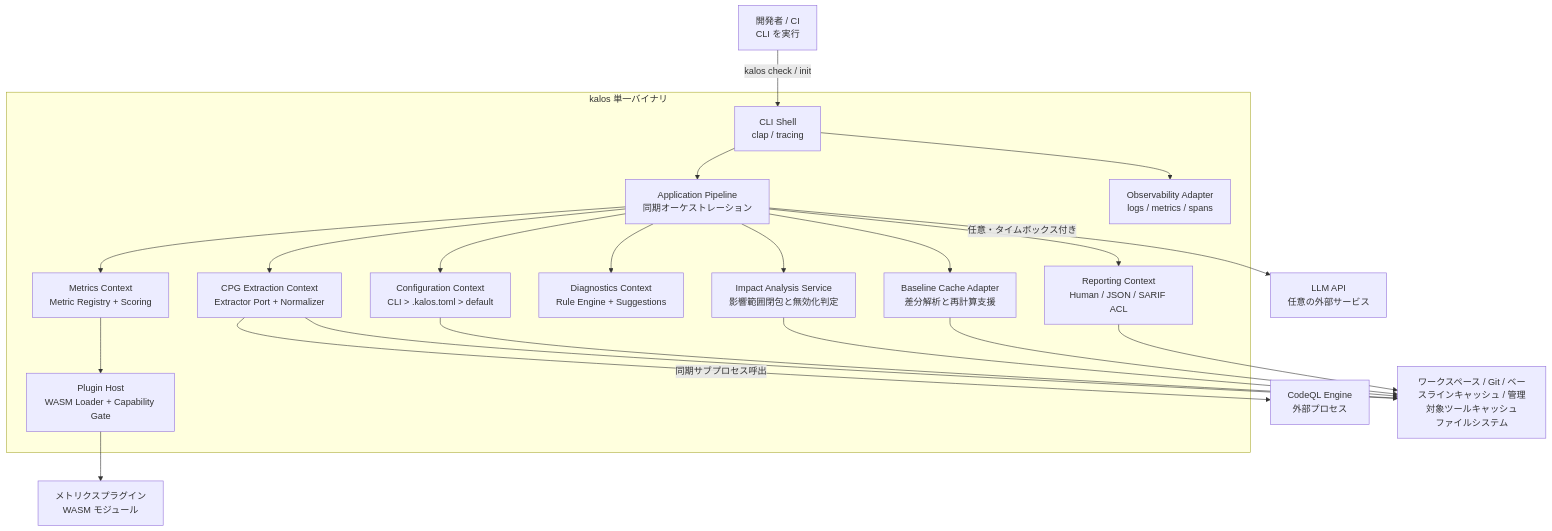
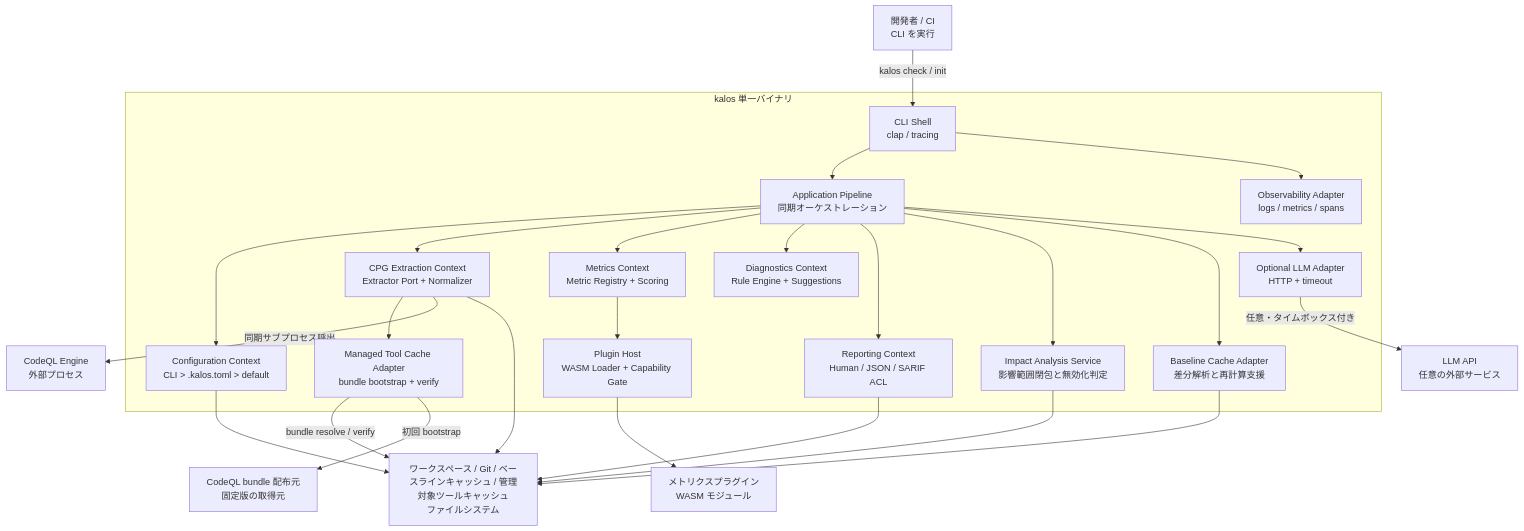
One commit to RK0429/kalos changed the second of 4 diagrams in docs/architecture.md. Above: the diagram before and after it, drawn with Mermaid. The commit also changed other lines of this file and 6 other files, not shown here.

Commit message:
chore: Update architecture, domain model, and requirements documentation to version 0.2.1, reflecting changes in input file versions, enhancing clarity on plugin management, and refining scoring and diagnostic processes to align with functional specifications

````diff
--- a/docs/architecture.md
+++ b/docs/architecture.md
@@ -95,42 +97,49 @@
 ```mermaid
 graph TB
     User[開発者 / CI<br>CLI を実行]
+    BundleSource[CodeQL bundle 配布元<br>固定版の取得元]
     CodeQL[CodeQL Engine<br>外部プロセス]
     LLM[LLM API<br>任意の外部サービス]
     FS[ワークスペース / Git / ベースラインキャッシュ / 管理対象ツールキャッシュ<br>ファイルシステム]
     PluginPkg[メトリクスプラグイン<br>WASM モジュール]
 
     subgraph Kalos["kalos 単一バイナリ"]
         CLI[CLI Shell<br>clap / tracing]
         App[Application Pipeline<br>同期オーケストレーション]
         Config[Configuration Context<br>CLI > .kalos.toml > default]
         Cpg[CPG Extraction Context<br>Extractor Port + Normalizer]
+        ToolCache[Managed Tool Cache Adapter<br>bundle bootstrap + verify]
         Metrics[Metrics Context<br>Metric Registry + Scoring]
         Diagnostics[Diagnostics Context<br>Rule Engine + Suggestions]
         Report[Reporting Context<br>Human / JSON / SARIF ACL]
         PluginHost[Plugin Host<br>WASM Loader + Capability Gate]
         Impact[Impact Analysis Service<br>影響範囲閉包と無効化判定]
         Cache[Baseline Cache Adapter<br>差分解析と再計算支援]
+        LlmAdapter[Optional LLM Adapter<br>HTTP + timeout]
         Obs[Observability Adapter<br>logs / metrics / spans]
     end
 
     User -->|kalos check / init| CLI
     CLI --> App
     App --> Config
     App --> Cpg
     App --> Metrics
     App --> Diagnostics
     App --> Report
     App --> Impact
     App --> Cache
+    App --> LlmAdapter
     CLI --> Obs
     Metrics --> PluginHost
+    Cpg --> ToolCache
     Cpg -->|同期サブプロセス呼出| CodeQL
-    App -->|任意・タイムボックス付き| LLM
+    ToolCache -->|bundle resolve / verify| FS
+    ToolCache -->|初回 bootstrap| BundleSource
+    LlmAdapter -->|任意・タイムボックス付き| LLM
     PluginHost --> PluginPkg
     Cpg --> FS
     Config --> FS
     Impact --> FS
     Cache --> FS
     Report --> FS
 ```
````
